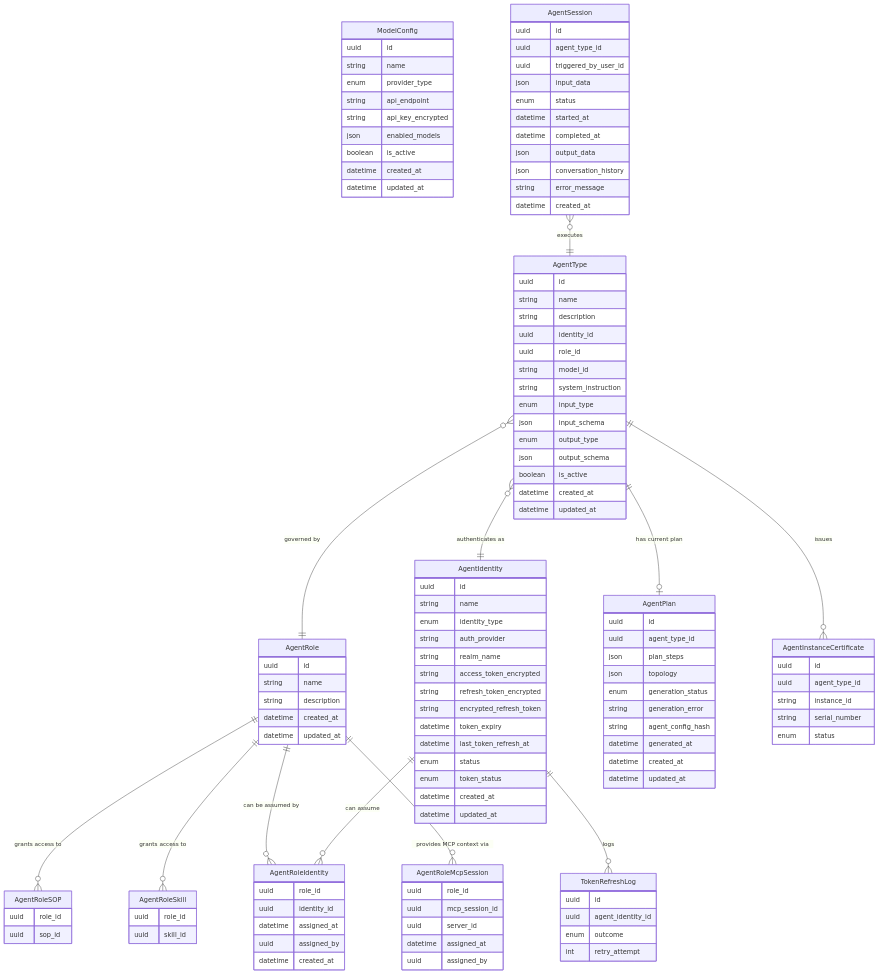
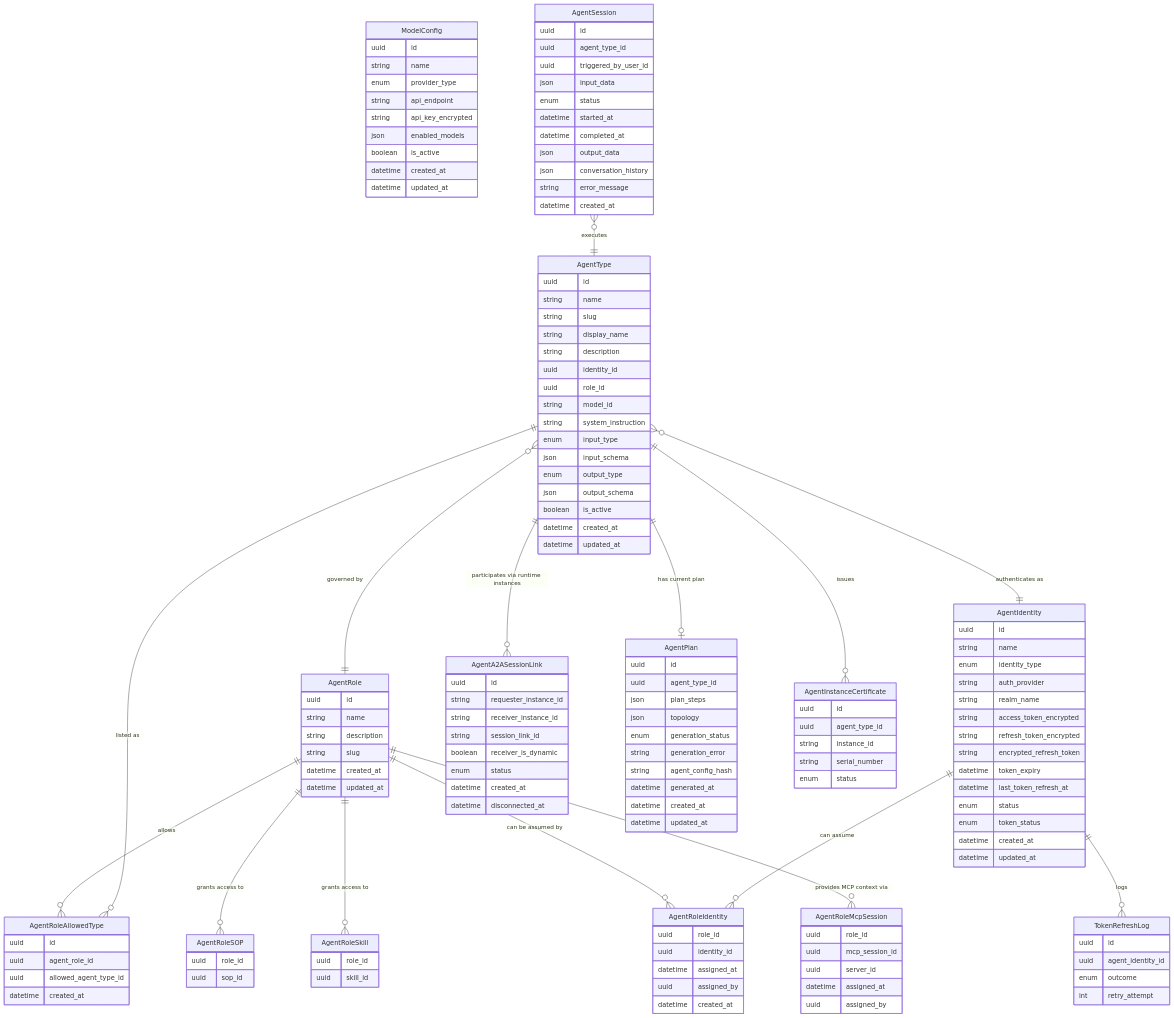
One commit to hurungang/parthenon changed the fifth of 9 diagrams in docs/master/data-model/overview.md. Above: the diagram before and after it, drawn with Mermaid. The commit also changed other lines of this file and 170 other files, not shown here.

```diff
--- a/docs/master/data-model/overview.md
+++ b/docs/master/data-model/overview.md
@@ -312,8 +326,15 @@
         uuid id
         string name
         string description
+        string slug
         datetime created_at
         datetime updated_at
+    }
+    AgentRoleAllowedType {
+        uuid id
+        uuid agent_role_id
+        uuid allowed_agent_type_id
+        datetime created_at
     }
     AgentRoleIdentity {
         uuid role_id
@@ -356,6 +377,8 @@
     AgentType {
         uuid id
         string name
+        string slug
+        string display_name
         string description
         uuid identity_id
         uuid role_id
@@ -382,11 +405,23 @@
         string error_message
         datetime created_at
     }
+    AgentA2ASessionLink {
+        uuid id
+        string requester_instance_id
+        string receiver_instance_id
+        string session_link_id
+        boolean receiver_is_dynamic
+        enum status
+        datetime created_at
+        datetime disconnected_at
+    }
 
     AgentRole ||--o{ AgentRoleSOP : "grants access to"
     AgentRole ||--o{ AgentRoleSkill : "grants access to"
     AgentRole ||--o{ AgentRoleIdentity : "can be assumed by"
     AgentRole ||--o{ AgentRoleMcpSession : "provides MCP context via"
+    AgentRole ||--o{ AgentRoleAllowedType : "allows"
+    AgentType ||--o{ AgentRoleAllowedType : "listed as"
     AgentIdentity ||--o{ AgentRoleIdentity : "can assume"
     AgentPlan {
         uuid id
@@ -418,6 +453,7 @@
     AgentType }o--|| AgentRole : "governed by"
     AgentType }o--|| AgentIdentity : "authenticates as"
     AgentSession }o--|| AgentType : "executes"
+    AgentType ||--o{ AgentA2ASessionLink : "participates via runtime instances"
     AgentType ||--o| AgentPlan : "has current plan"
     AgentType ||--o{ AgentInstanceCertificate : "issues"
     AgentIdentity ||--o{ TokenRefreshLog : "logs"
```
